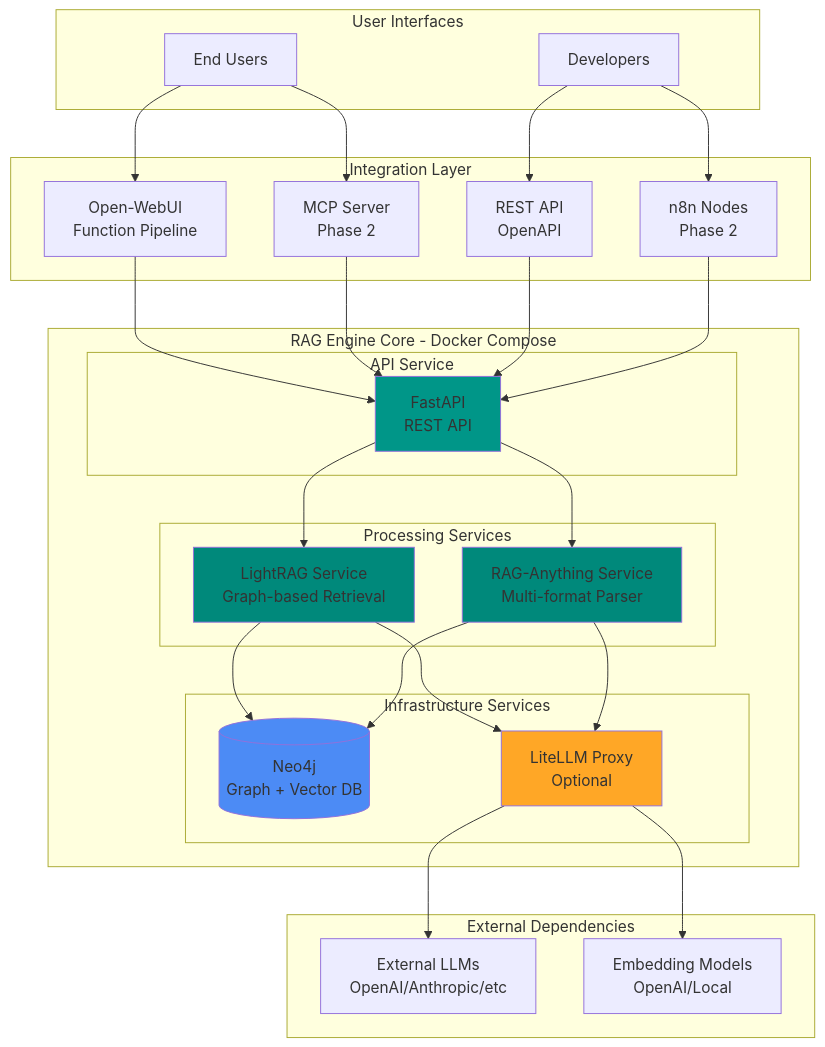
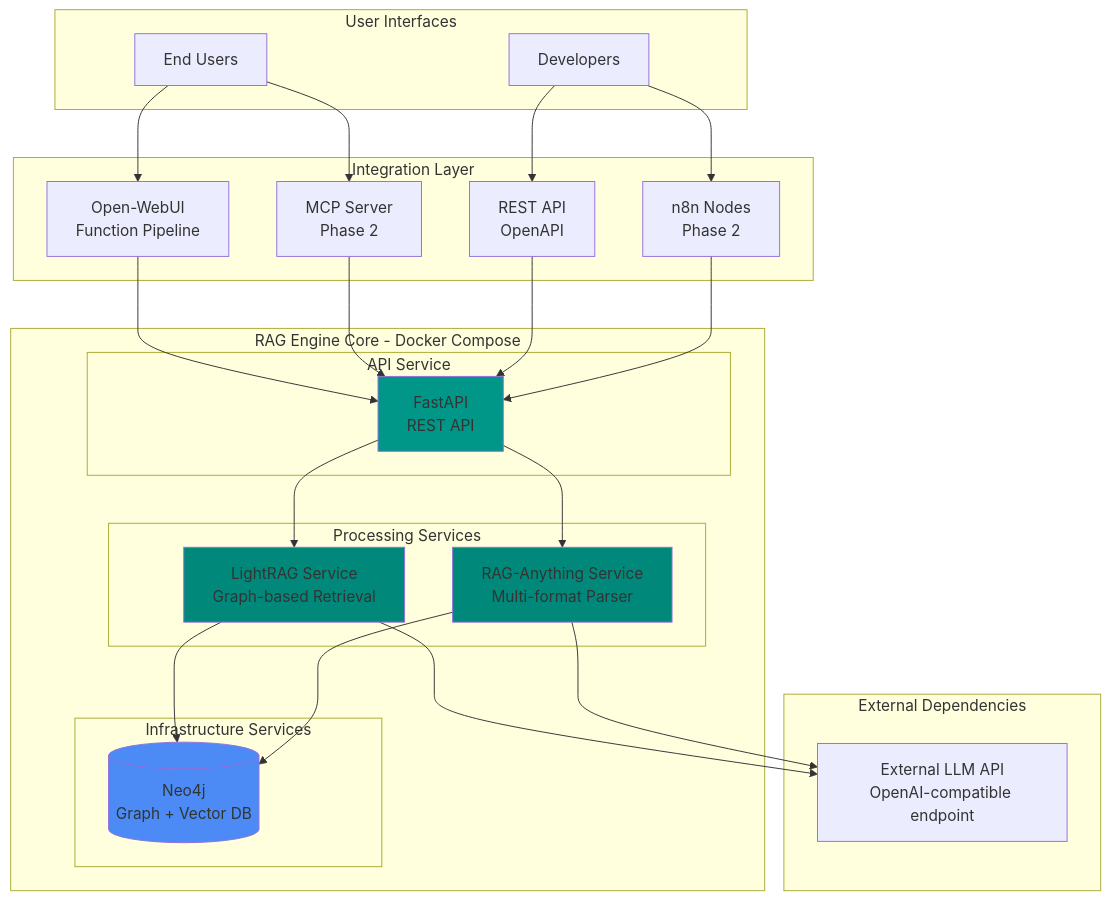
The diagram in docs/architecture/high-level-architecture.md (twattier/rag-engine), drawn with Mermaid before and after one commit. The commit also changed other lines of this file and 23 other files, not shown here.

````diff
--- a/docs/architecture/high-level-architecture.md
+++ b/docs/architecture/high-level-architecture.md
@@ -68,61 +67,56 @@
 ```mermaid
 graph TB
     subgraph "User Interfaces"
         USER[End Users]
         DEV[Developers]
     end
 
     subgraph "Integration Layer"
         OPENWEBUI[Open-WebUI<br/>Function Pipeline]
         MCP[MCP Server<br/>Phase 2]
         API[REST API<br/>OpenAPI]
         N8N[n8n Nodes<br/>Phase 2]
     end
 
     subgraph "RAG Engine Core - Docker Compose"
         subgraph "API Service"
             FASTAPI[FastAPI<br/>REST API]
         end
 
         subgraph "Processing Services"
             LIGHTRAG[LightRAG Service<br/>Graph-based Retrieval]
             RAGANYTHING[RAG-Anything Service<br/>Multi-format Parser]
         end
 
         subgraph "Infrastructure Services"
             NEO4J[(Neo4j<br/>Graph + Vector DB)]
-            LITELLM[LiteLLM Proxy<br/>Optional]
         end
 
         FASTAPI --> LIGHTRAG
         FASTAPI --> RAGANYTHING
         LIGHTRAG --> NEO4J
         RAGANYTHING --> NEO4J
-        LIGHTRAG --> LITELLM
-        RAGANYTHING --> LITELLM
     end
 
     subgraph "External Dependencies"
-        LLM[External LLMs<br/>OpenAI/Anthropic/etc]
-        EMBEDDING[Embedding Models<br/>OpenAI/Local]
+        LLM[External LLM API<br/>OpenAI-compatible endpoint]
     end
 
     USER --> OPENWEBUI
     USER --> MCP
     DEV --> API
     DEV --> N8N
 
     OPENWEBUI --> FASTAPI
     MCP --> FASTAPI
     API --> FASTAPI
     N8N --> FASTAPI
 
-    LITELLM --> LLM
-    LITELLM --> EMBEDDING
+    LIGHTRAG --> LLM
+    RAGANYTHING --> LLM
 
     style NEO4J fill:#4C8BF5
     style FASTAPI fill:#009688
     style LIGHTRAG fill:#00897B
     style RAGANYTHING fill:#00897B
-    style LITELLM fill:#FFA726
 ```
````
